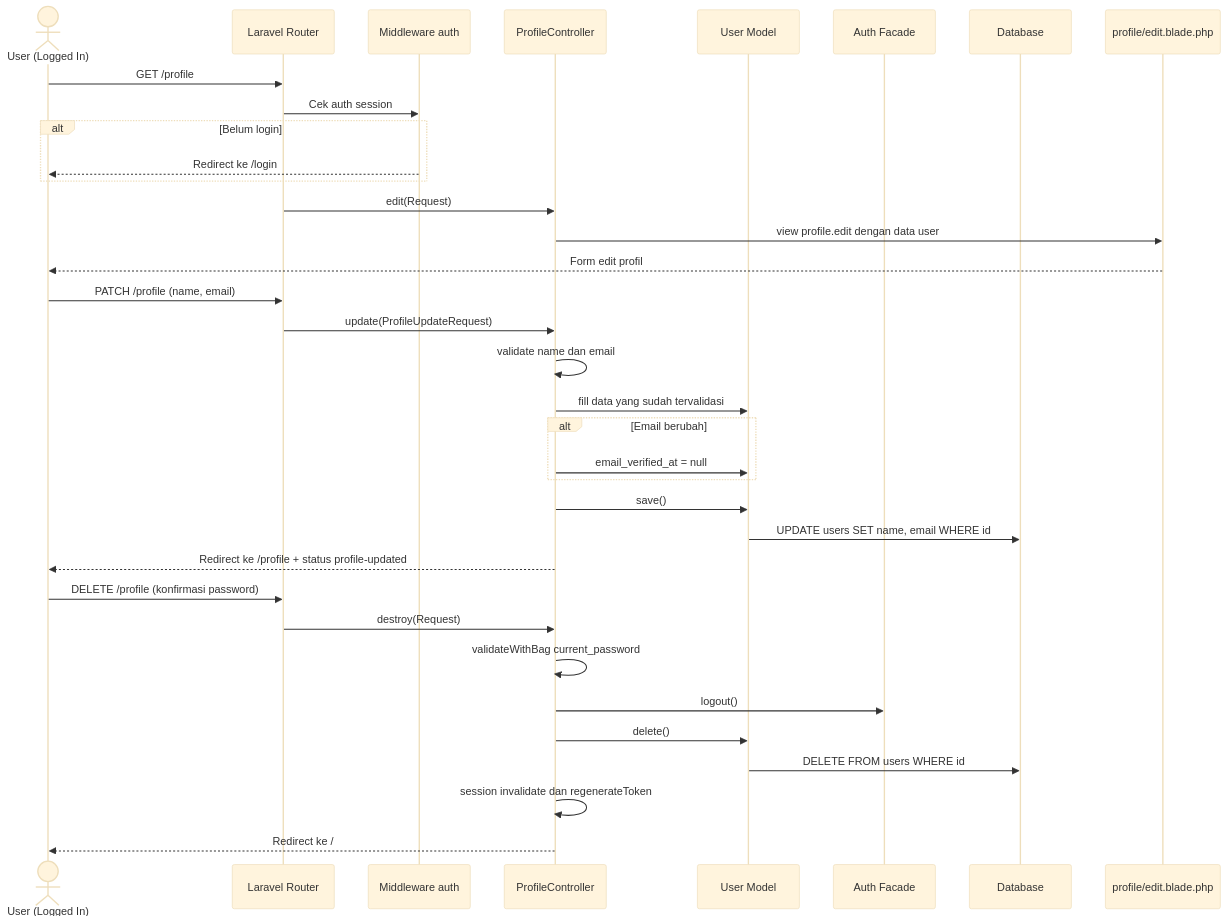
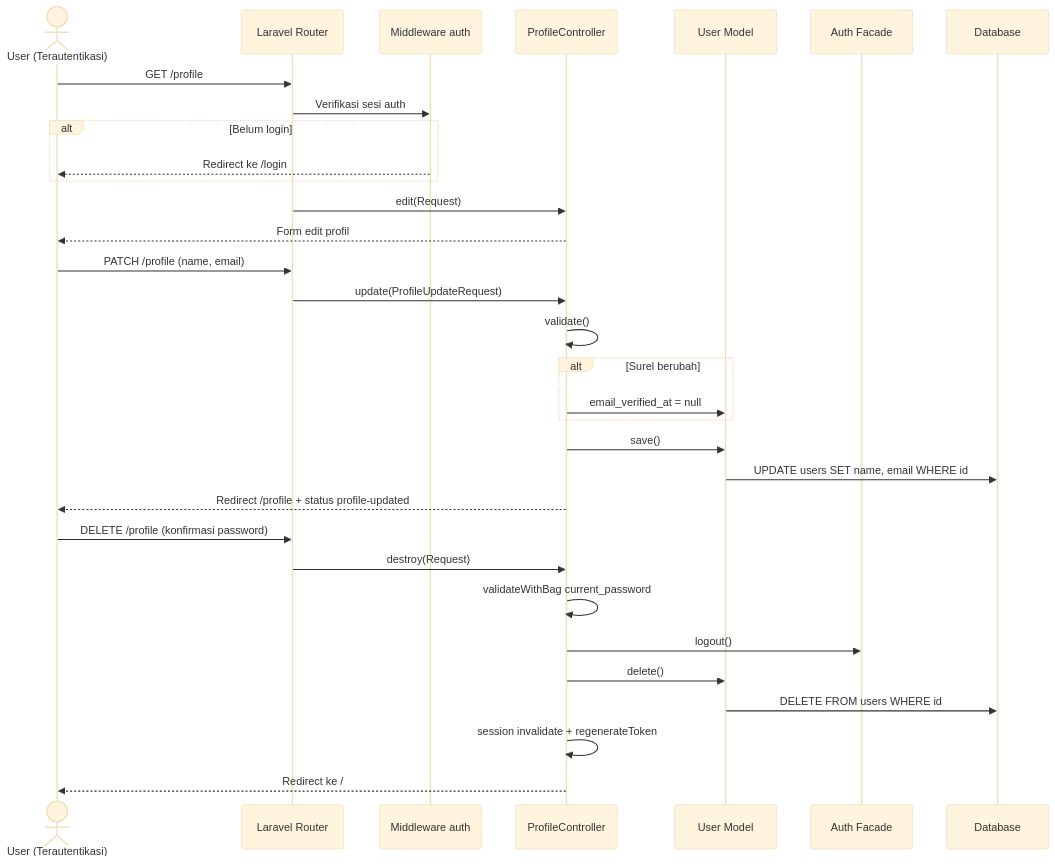
Diagram 13 of 17 in docs/SEQUENCE_DIAGRAM_DOKUMENTASI.md (mustarisyahding07-spec/WEBSITE_SKRIPSI_MUSTARI), drawn with Mermaid (base theme) before and after one commit. The commit also changed other lines of this file, not shown here.

Commit message:
docs: perbarui penjelasan sequence diagram ke format paragraf akademik

````diff
--- a/docs/SEQUENCE_DIAGRAM_DOKUMENTASI.md
+++ b/docs/SEQUENCE_DIAGRAM_DOKUMENTASI.md
@@ -646,41 +557,37 @@
 ```mermaid
 sequenceDiagram
-    actor User as User (Logged In)
+    actor User as User (Terautentikasi)
     participant Router as Laravel Router
     participant Middleware as Middleware auth
     participant PC as ProfileController
     participant UserM as User Model
     participant AuthFacade as Auth Facade
     participant DB as Database
-    participant View as profile/edit.blade.php
 
     User->>Router: GET /profile
-    Router->>Middleware: Cek auth session
+    Router->>Middleware: Verifikasi sesi auth
     alt Belum login
         Middleware-->>User: Redirect ke /login
     end
-
     Router->>PC: edit(Request)
-    PC->>View: view profile.edit dengan data user
-    View-->>User: Form edit profil
+    PC-->>User: Form edit profil
 
     User->>Router: PATCH /profile (name, email)
     Router->>PC: update(ProfileUpdateRequest)
-    PC->>PC: validate name dan email
-    PC->>UserM: fill data yang sudah tervalidasi
-    alt Email berubah
+    PC->>PC: validate()
+    alt Surel berubah
         PC->>UserM: email_verified_at = null
     end
     PC->>UserM: save()
     UserM->>DB: UPDATE users SET name, email WHERE id
-    PC-->>User: Redirect ke /profile + status profile-updated
+    PC-->>User: Redirect /profile + status profile-updated
 
     User->>Router: DELETE /profile (konfirmasi password)
     Router->>PC: destroy(Request)
     PC->>PC: validateWithBag current_password
     PC->>AuthFacade: logout()
     PC->>UserM: delete()
     UserM->>DB: DELETE FROM users WHERE id
-    PC->>PC: session invalidate dan regenerateToken
+    PC->>PC: session invalidate + regenerateToken
     PC-->>User: Redirect ke /
 ```
````
